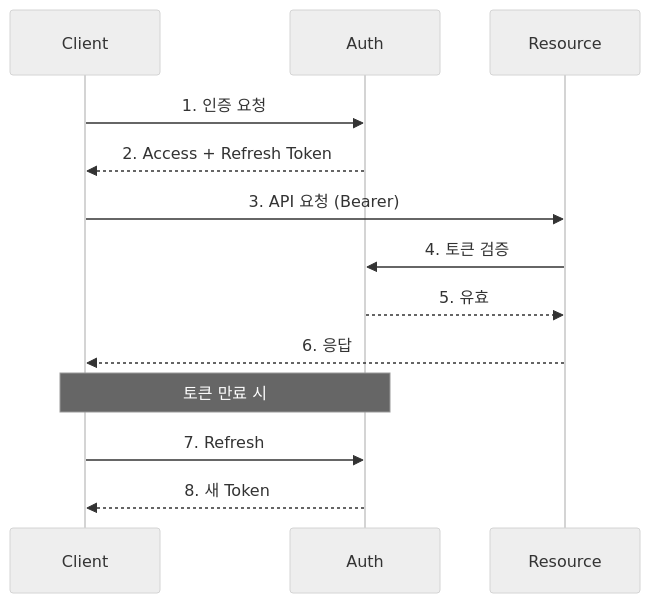
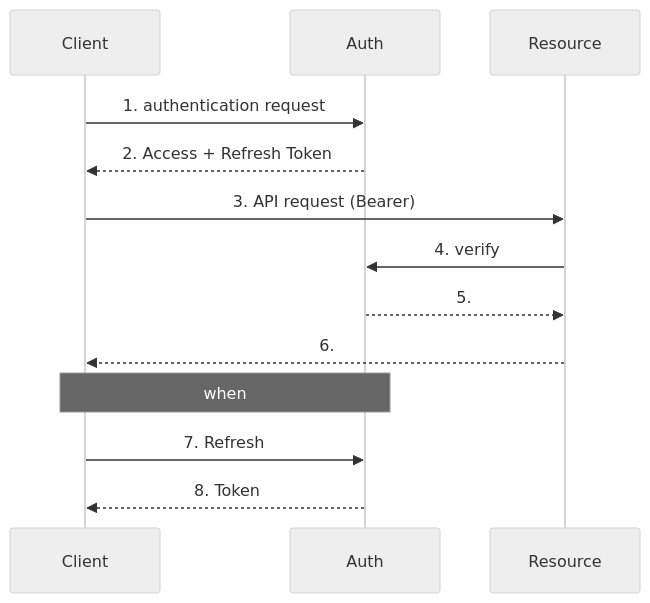
One commit to chodolmu/taskforge-pro changed the fifth of 9 diagrams in harnesses/communication/technical-writer/skills/diagram-patterns/skill.md. Above: the diagram before and after it, drawn with Mermaid (neutral theme). The commit also changed other lines of this file and 952 other files, not shown here.

````diff
--- a/harnesses/communication/technical-writer/skills/diagram-patterns/skill.md
+++ b/harnesses/communication/technical-writer/skills/diagram-patterns/skill.md
@@ -98,12 +98,12 @@
 ```mermaid
 sequenceDiagram
-    Client->>Auth: 1. 인증 요청
-    Auth-->>Client: 2. Access + Refresh Token
-    Client->>Resource: 3. API 요청 (Bearer)
-    Resource->>Auth: 4. 토큰 검증
-    Auth-->>Resource: 5. 유효
-    Resource-->>Client: 6. 응답
-    Note over Client,Auth: 토큰 만료 시
-    Client->>Auth: 7. Refresh
-    Auth-->>Client: 8. 새 Token
+ Client->>Auth: 1. authentication request
+ Auth-->>Client: 2. Access + Refresh Token
+ Client->>Resource: 3. API request (Bearer)
+ Resource->>Auth: 4. verify
+ Auth-->>Resource: 5. 
+ Resource-->>Client: 6. 
+ Note over Client,Auth: when
+ Client->>Auth: 7. Refresh
+ Auth-->>Client: 8. Token
 ```
````
